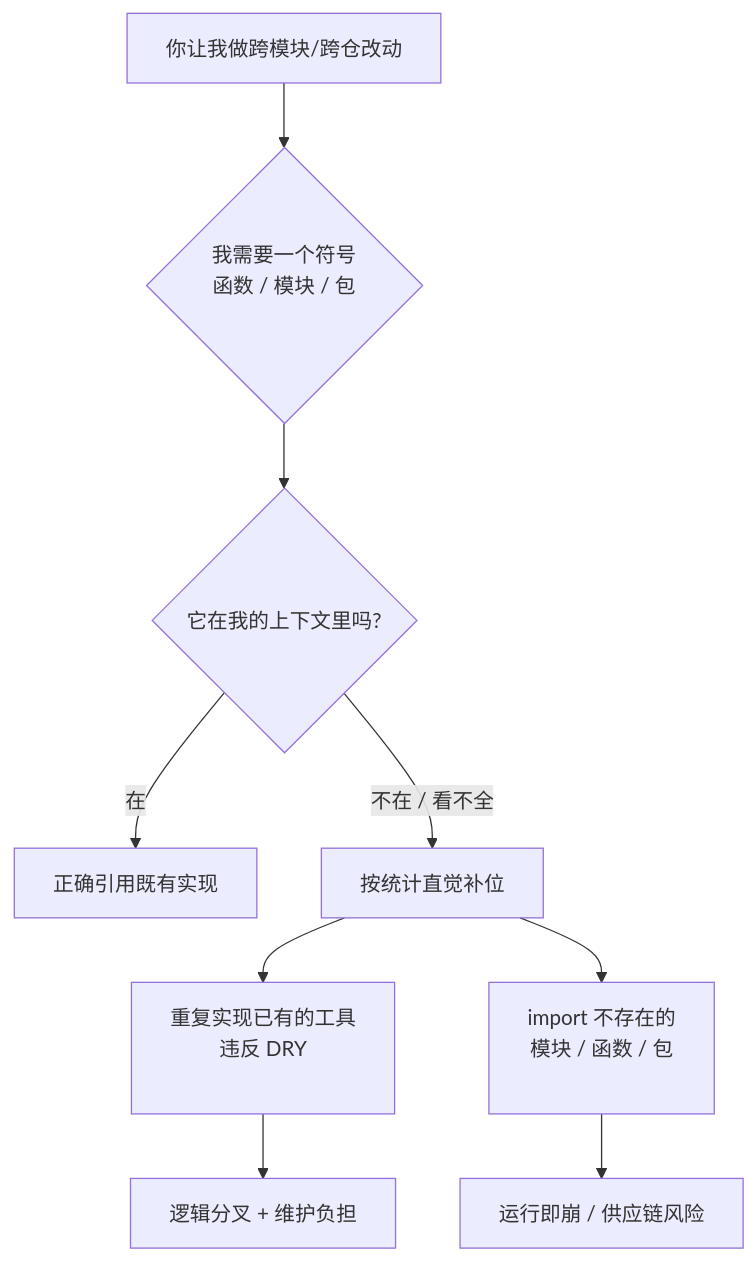
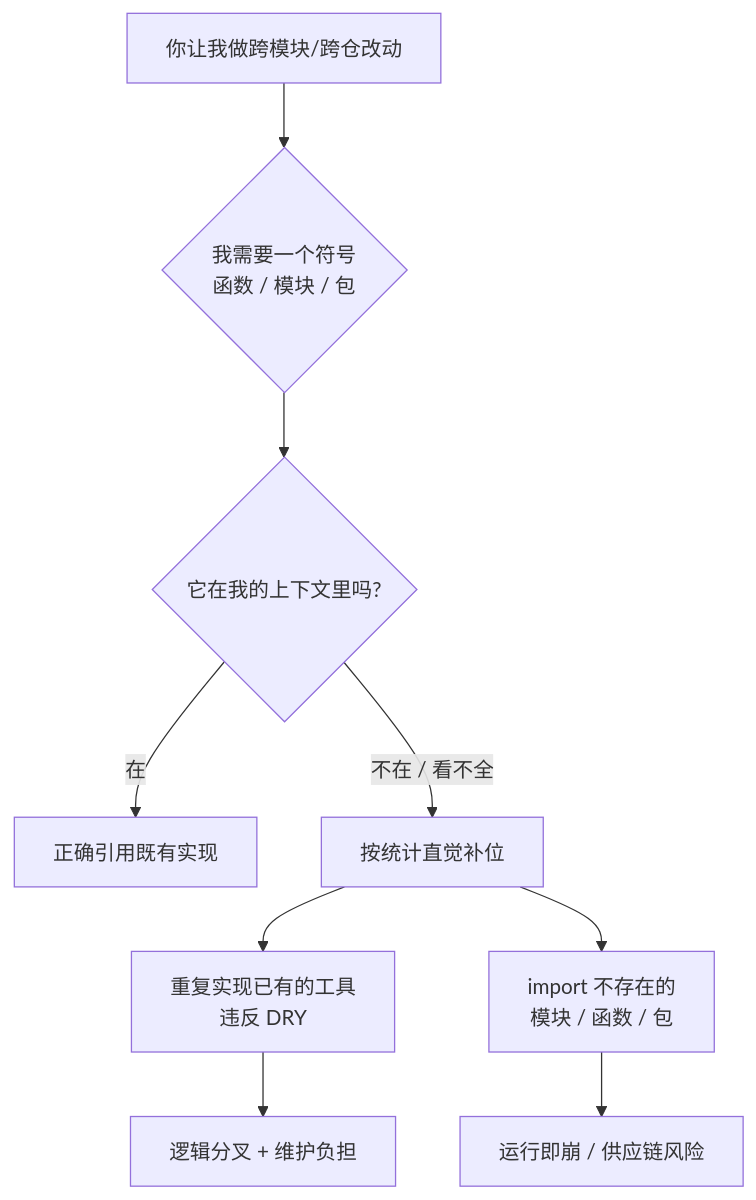
Before and after one commit to XuebinMa/AIWiki: the diagram in docs/03-architecture/duplicate-logic-hallucinated-imports.mdx, drawn with Mermaid. The commit also changed 99 other files, not shown here.

First line of the commit message:
fix(mermaid): 全局根治节点文字裁切（htmlLabels:false + 清理 br/nbsp 占位）(#26)

````diff
--- a/docs/03-architecture/duplicate-logic-hallucinated-imports.mdx
+++ b/docs/03-architecture/duplicate-logic-hallucinated-imports.mdx
@@ -41,11 +41,11 @@
 ```mermaid
 flowchart TD
-    A[你让我做跨模块/跨仓改动] --> B{我需要一个符号<br/>函数 / 模块 / 包<br/>&nbsp;}
+    A[你让我做跨模块/跨仓改动] --> B{我需要一个符号<br/>函数 / 模块 / 包}
     B --> C{它在我的上下文里吗?}
     C -->|在| D[正确引用既有实现]
     C -->|不在 / 看不全| E[按统计直觉补位]
-    E --> F[重复实现已有的工具<br/>违反 DRY<br/>&nbsp;]
-    E --> G[import 不存在的<br/>模块 / 函数 / 包<br/>&nbsp;]
+    E --> F[重复实现已有的工具<br/>违反 DRY]
+    E --> G[import 不存在的<br/>模块 / 函数 / 包]
     F --> H[逻辑分叉 + 维护负担]
     G --> I[运行即崩 / 供应链风险]
 ```
````
